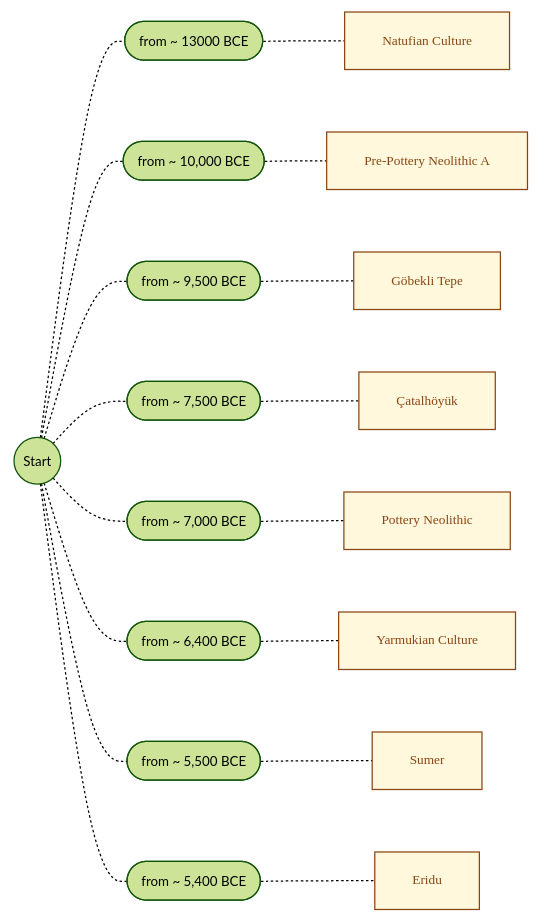
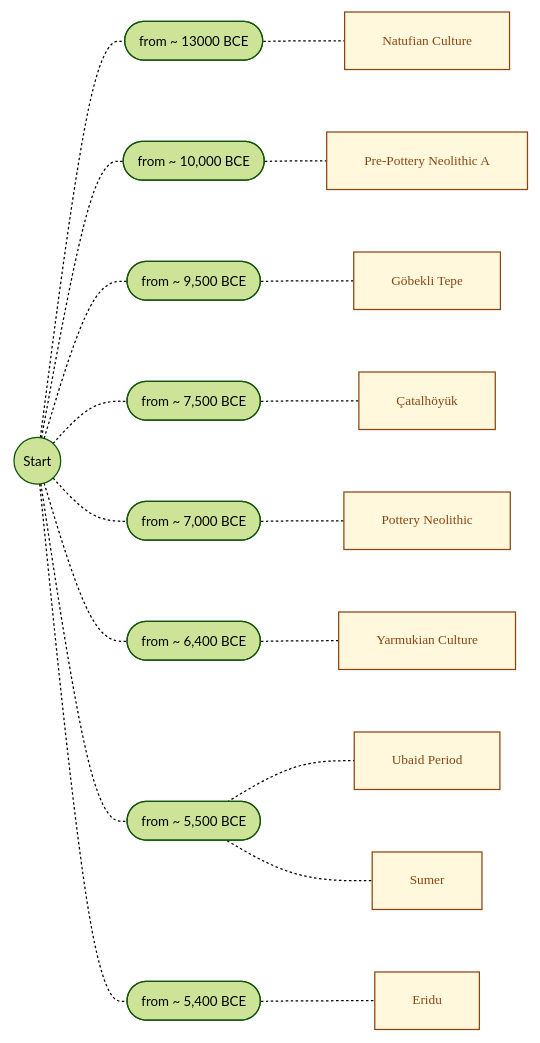
One commit to joe-dorward/samples changed the diagram in 0000_General/mesopotamian_timeline_v1.01.md. Above: the diagram before and after it, drawn with Mermaid. The commit also changed other lines of this file, not shown here.

````diff
--- a/0000_General/mesopotamian_timeline_v1.01.md
+++ b/0000_General/mesopotamian_timeline_v1.01.md
@@ -4,54 +5,57 @@
 ```mermaid
 %%{init: { 'theme':'forest', 'themeVariables': { 'fontSize':'8pt' } }}%%
 flowchart LR
 classDef Note fill:cornsilk, stroke:saddlebrown, color:saddlebrown, font-family:verdana, text-align:left, line-height:150%, margin:0px, padding:0px;
 classDef Note_b fill:cornsilk, stroke:saddlebrown, color:saddlebrown, font-family:verdana, text-align:left, margin:0px, padding:0px, height:40px;
       START(("Start"))
 
       13000([from ~ 13000 BCE])
       NATUFIAN[Natufian Culture]
       click NATUFIAN "https://en.wikipedia.org/wiki/Natufian_culture" _blank
 
       10000([from ~ 10,000 BCE])
       PRE_POTTERY_NEOLITHIC_A[Pre-Pottery Neolithic A]
       click PRE_POTTERY_NEOLITHIC_A "https://en.wikipedia.org/wiki/Pre-Pottery_Neolithic_A" _blank
 
       9500([from ~ 9,500 BCE])
       GOBEKLI_TEPE[Göbekli Tepe]
       click GOBEKLI_TEPE "https://en.wikipedia.org/wiki/Göbekli_Tepe" _blank
 
       7500([from ~ 7,500 BCE])
       CATALHOYUK[Çatalhöyük]
       click CATALHOYUK "https://en.wikipedia.org/wiki/Çatalhöyük" _blank
 
       7000([from ~ 7,000 BCE])
       POTTERY_NEOLITHIC[Pottery Neolithic]
 
       6400([from ~ 6,400 BCE])
       YARNUKIAN[Yarmukian Culture]
       click YARNUKIAN "https://en.wikipedia.org/wiki/Yarmukian_culture" _blank
 
       5500([from ~ 5,500 BCE])
-      SUMER[Sumer]
-      click SUMER "https://en.wikipedia.org/wiki/Sumer" _blank
+            UBAID[Ubaid Period]
+            click UBAID "https://en.wikipedia.org/wiki/Ubaid_period" _blank
+            SUMER[Sumer]
+            click SUMER "https://en.wikipedia.org/wiki/Sumer" _blank
 
       5400([from ~ 5,400 BCE])
       ERIDU[Eridu]
       click ERIDU "https://en.wikipedia.org/wiki/Eridu" _blank
 
 
 
-      class NATUFIAN,PRE_POTTERY_NEOLITHIC_A,GOBEKLI_TEPE,CATALHOYUK,POTTERY_NEOLITHIC,YARNUKIAN,SUMER,ERIDU Note;
+      class NATUFIAN,PRE_POTTERY_NEOLITHIC_A,GOBEKLI_TEPE,CATALHOYUK,POTTERY_NEOLITHIC,YARNUKIAN,UBAID,SUMER,ERIDU Note;
 
       %% ========== ========== ========== ========== ==========
       START-.-13000-.-NATUFIAN
       START-.-10000-.-PRE_POTTERY_NEOLITHIC_A
       START-.-9500-.-GOBEKLI_TEPE
       START-.-7500-.-CATALHOYUK
       START-.-7000-.-POTTERY_NEOLITHIC
       START-.-6400-.-YARNUKIAN
-      START-.-5500-.-SUMER
+      START-.-5500-.-UBAID
+              5500-.-SUMER
       START-.-5400-.-ERIDU
      
       
 ```
````
